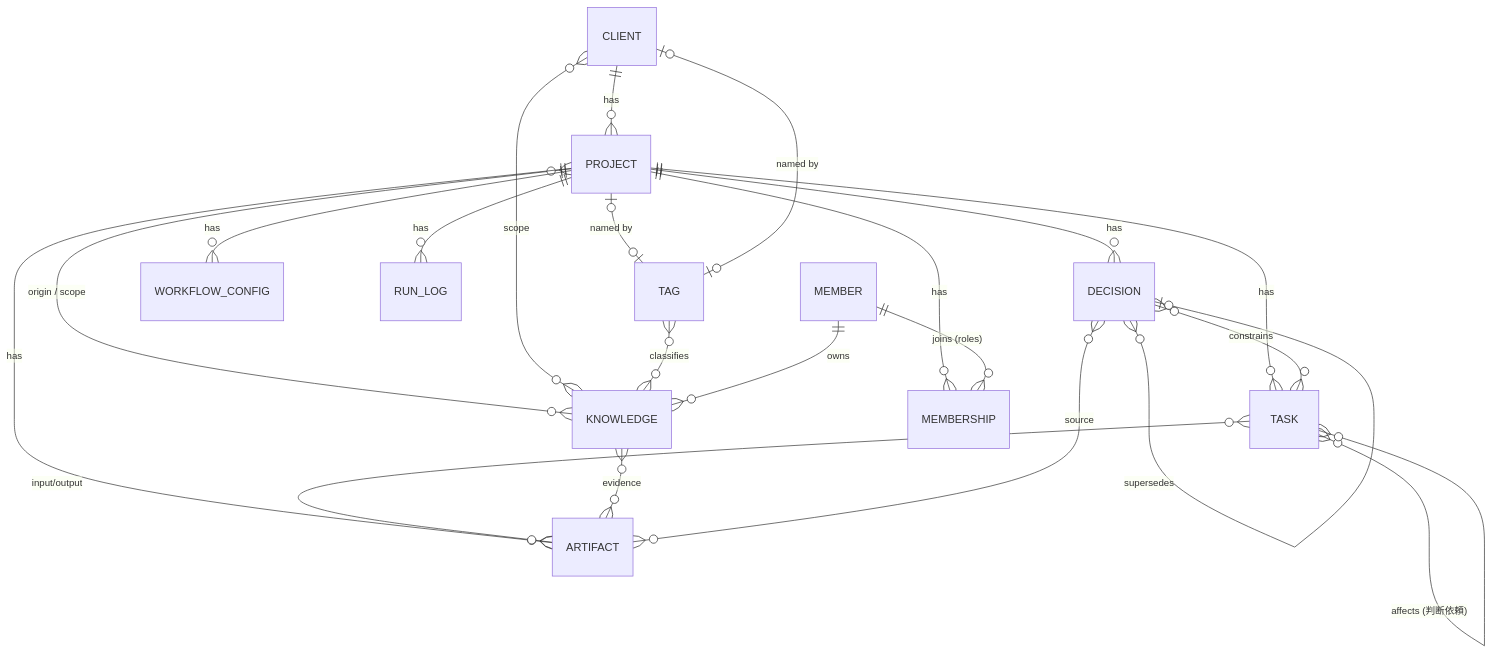
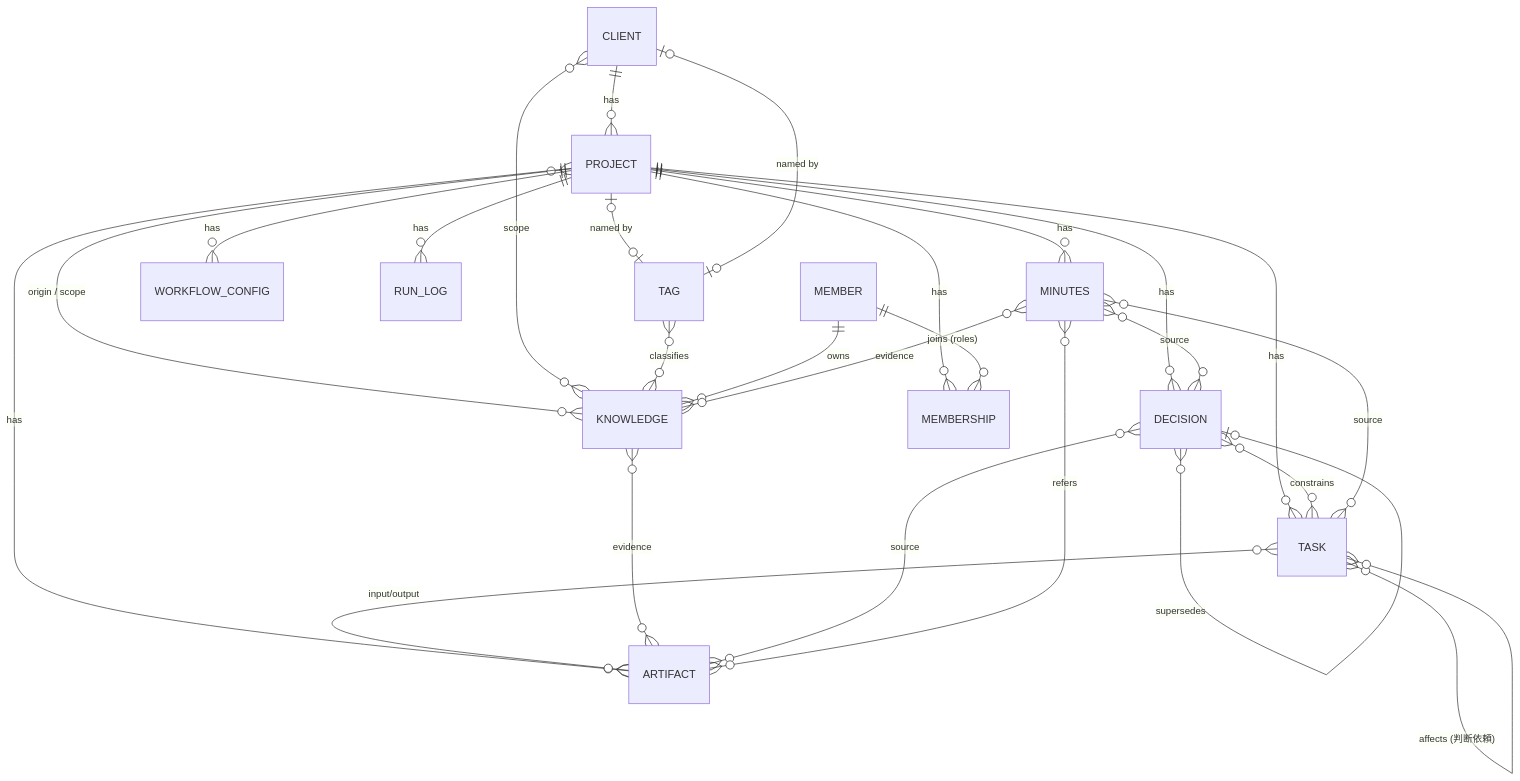
The second of 3 diagrams in docs/requirements.md (TomokiIshimine/act-teamwork), drawn with Mermaid before and after one commit. The commit also changed other lines of this file, not shown here.

First line of the commit message:
docs: 議事録を専用の型 minutes（📝 議事録 DB）で扱う（v0.16）

````diff
--- a/docs/requirements.md
+++ b/docs/requirements.md
@@ -374,24 +375,29 @@
 ```mermaid
 erDiagram
     PROJECT ||--o{ DECISION : has
     PROJECT ||--o{ TASK : has
     CLIENT ||--o{ PROJECT : has
     PROJECT }o--o{ KNOWLEDGE : "origin / scope"
     CLIENT }o--o{ KNOWLEDGE : scope
     TAG }o--o{ KNOWLEDGE : classifies
     PROJECT |o--o| TAG : "named by"
     CLIENT |o--o| TAG : "named by"
     PROJECT ||--o{ ARTIFACT : has
+    PROJECT ||--o{ MINUTES : has
     PROJECT ||--o{ MEMBERSHIP : has
     PROJECT ||--o{ WORKFLOW_CONFIG : has
     PROJECT ||--o{ RUN_LOG : has
     MEMBER ||--o{ MEMBERSHIP : "joins (roles)"
     MEMBER ||--o{ KNOWLEDGE : owns
     DECISION }o--o{ TASK : constrains
     DECISION }o--o| DECISION : supersedes
     TASK }o--o| TASK : parent
     TASK }o--o{ ARTIFACT : "input/output"
     KNOWLEDGE }o--o{ ARTIFACT : evidence
     DECISION }o--o{ ARTIFACT : source
+    MINUTES }o--o{ DECISION : source
+    MINUTES }o--o{ TASK : source
+    MINUTES }o--o{ KNOWLEDGE : evidence
+    MINUTES }o--o{ ARTIFACT : refers
     TASK }o--o{ TASK : "affects (判断依頼)"
 ```
````
